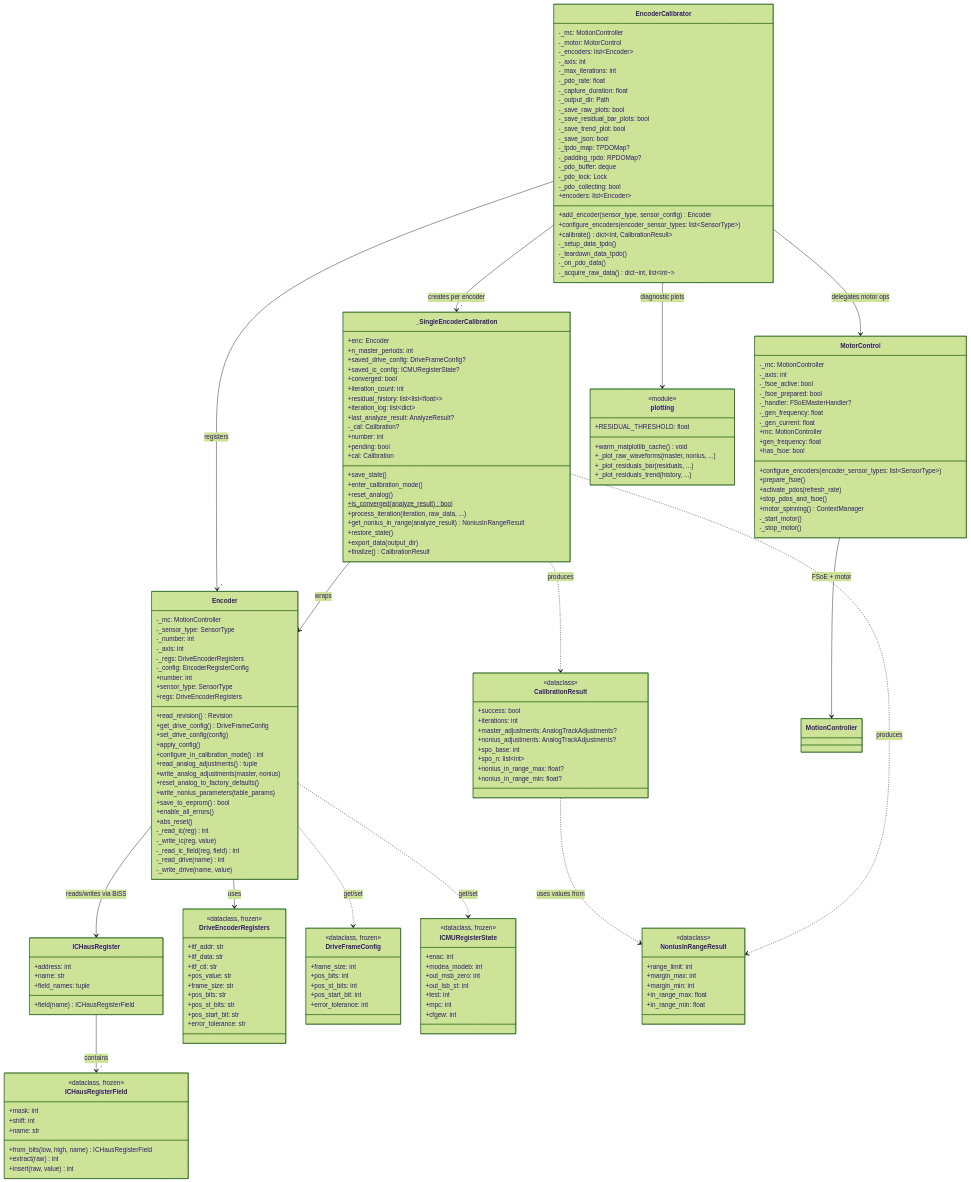
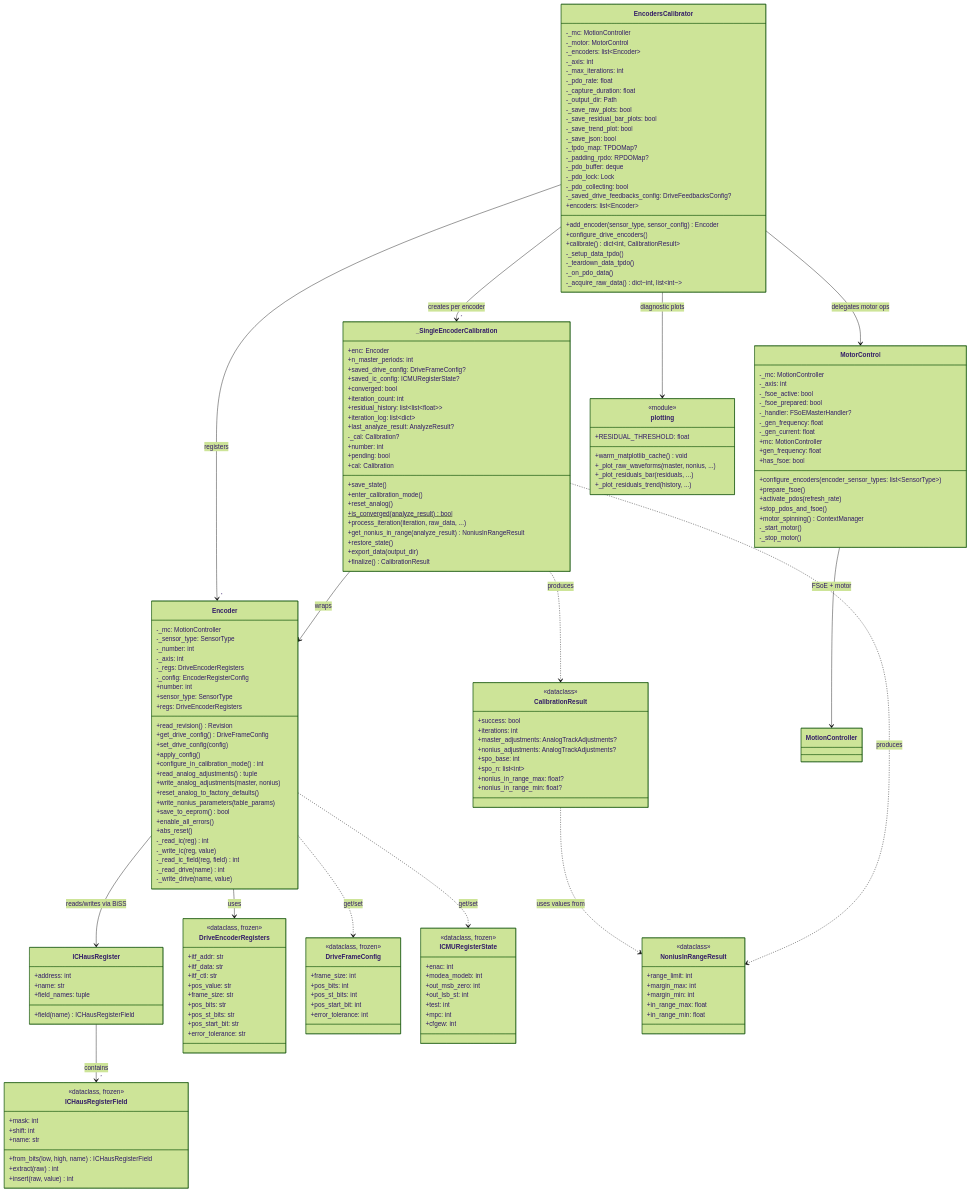
The third of 3 diagrams in docs/architecture.md (ingeniamc/iC-Haus-magnetic-encoder-calibration), drawn with Mermaid (forest theme) before and after one commit. The commit also changed other lines of this file and 2 other files, not shown here.

Commit message:
Rename EncoderCalibrator to EncodersCalibrator and change error logging to warning.

```diff
--- a/docs/architecture.md
+++ b/docs/architecture.md
@@ -401,7 +403,7 @@
         +finalize() CalibrationResult
     }
 
-    class EncoderCalibrator {
+    class EncodersCalibrator {
         -_mc: MotionController
         -_motor: MotorControl
         -_encoders: list~Encoder~
@@ -419,9 +421,10 @@
         -_pdo_buffer: deque
         -_pdo_lock: Lock
         -_pdo_collecting: bool
+        -_saved_drive_feedbacks_config: DriveFeedbacksConfig?
         +encoders: list~Encoder~
         +add_encoder(sensor_type, sensor_config) Encoder
-        +configure_encoders(encoder_sensor_types: list~SensorType~)
+        +configure_drive_encoders()
         +calibrate() dict~int, CalibrationResult~
         -_setup_data_tpdo()
         -_teardown_data_tpdo()
@@ -442,10 +445,10 @@
     Encoder --> DriveEncoderRegisters : uses
     Encoder --> ICHausRegister : reads/writes via BiSS
     _SingleEncoderCalibration --> Encoder : wraps
-    EncoderCalibrator --> "*" _SingleEncoderCalibration : creates per encoder
-    EncoderCalibrator --> "*" Encoder : registers
-    EncoderCalibrator --> MotorControl : delegates motor ops
-    EncoderCalibrator --> plotting : diagnostic plots
+    EncodersCalibrator --> "*" _SingleEncoderCalibration : creates per encoder
+    EncodersCalibrator --> "*" Encoder : registers
+    EncodersCalibrator --> MotorControl : delegates motor ops
+    EncodersCalibrator --> plotting : diagnostic plots
     MotorControl --> MotionController : FSoE + motor
     Encoder ..> DriveFrameConfig : get/set
     Encoder ..> ICMURegisterState : get/set
```
